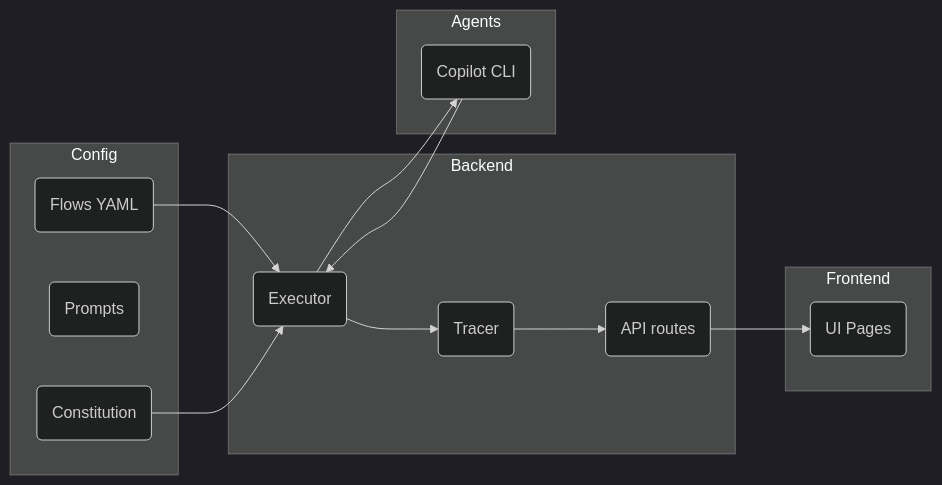
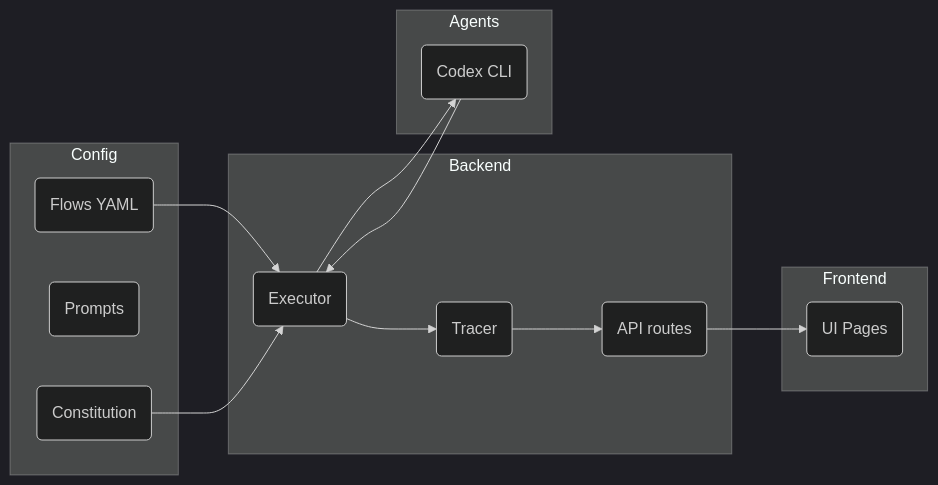
The diagram in docs/mermaid/flow-overview.mmd (joelklabo/TaskTree), drawn with Mermaid (dark theme) before and after one commit. The commit also changed 190 other files, not shown here.

```diff
--- a/docs/mermaid/flow-overview.mmd
+++ b/docs/mermaid/flow-overview.mmd
@@ -1,28 +1,28 @@
 flowchart LR
     subgraph Backend[Backend]
         executor(Executor)
         tracer(Tracer)
         api(API routes)
     end
 
     subgraph Agents[Agents]
-        copilot(Copilot CLI)
+        codex(Codex CLI)
     end
 
     subgraph Config[Config]
         flows(Flows YAML)
         prompts(Prompts)
         constitution(Constitution)
     end
 
     subgraph Frontend[Frontend]
         ui(UI Pages)
     end
 
     flows --> executor
     constitution --> executor
-    executor --> copilot
-    copilot --> executor
+    executor --> codex
+    codex --> executor
     executor --> tracer
     tracer --> api
     api --> ui
```
